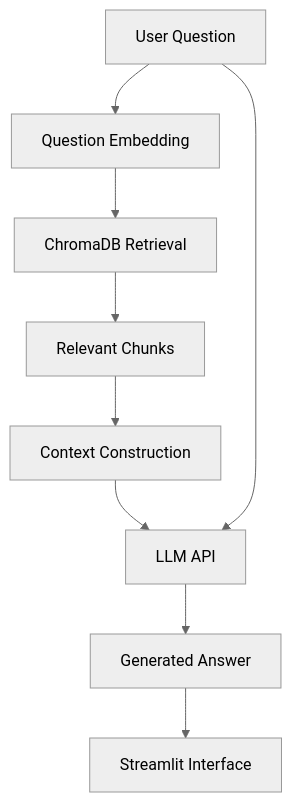
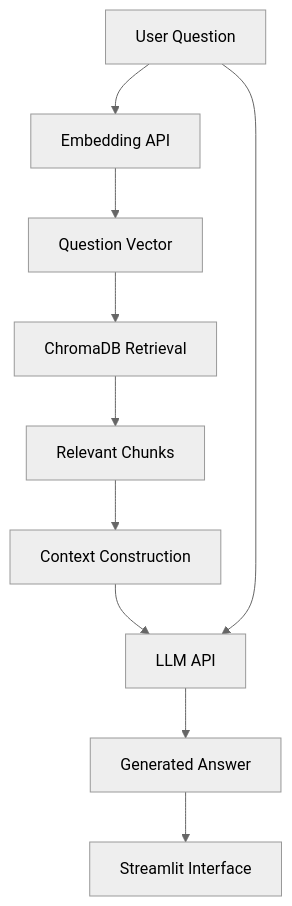
One commit to ftm-hoseini/Persian_RAG changed the second of 2 diagrams in README.md. Above: the diagram before and after it, drawn with Mermaid (neutral theme). The commit also changed other lines of this file, not shown here.

````diff
--- a/README.md
+++ b/README.md
@@ -57,11 +67,12 @@
 ```mermaid
 flowchart TD
-    A[User Question] --> B[Question Embedding]
-    B --> C[ChromaDB Retrieval]
-    C --> D[Relevant Chunks]
-    D --> E[Context Construction]
-    E --> F[LLM API]
-    A --> F
-    F --> G[Generated Answer]
-    G --> H[Streamlit Interface]
+    A[User Question] --> B[Embedding API]
+    B --> C[Question Vector]
+    C --> D[ChromaDB Retrieval]
+    D --> E[Relevant Chunks]
+    E --> F[Context Construction]
+    F --> G[LLM API]
+    A --> G
+    G --> H[Generated Answer]
+    H --> I[Streamlit Interface]
 ```
````
